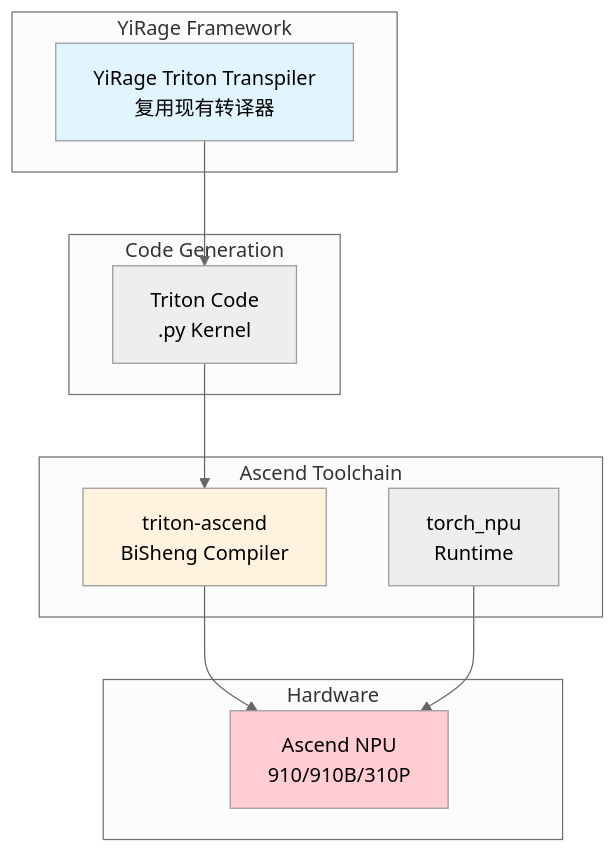
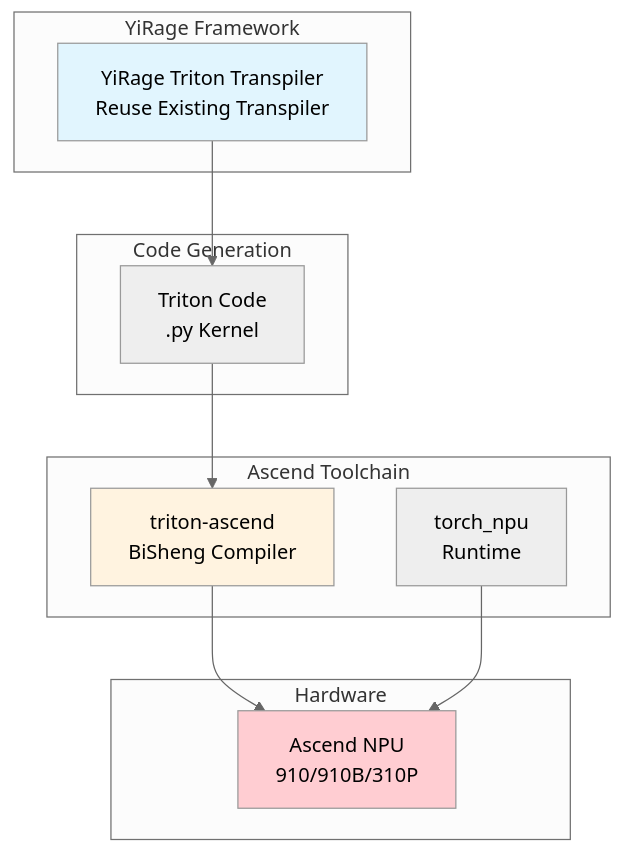
Before and after one commit to chenxingqiang/YiRage: the second of 2 diagrams in docs/ascend_quick_start.md, drawn with Mermaid (neutral theme). The commit also changed other lines of this file and 4 other files, not shown here.

````diff
--- a/docs/ascend_quick_start.md
+++ b/docs/ascend_quick_start.md
@@ -190,26 +190,26 @@
 ```mermaid
 flowchart TB
     subgraph "YiRage Framework"
-        A[YiRage Triton Transpiler<br/>复用现有转译器]
+        A[YiRage Triton Transpiler<br/>Reuse Existing Transpiler]
     end
 
     subgraph "Code Generation"
         B[Triton Code<br/>.py Kernel]
     end
 
     subgraph "Ascend Toolchain"
         C[triton-ascend<br/>BiSheng Compiler]
         D[torch_npu<br/>Runtime]
     end
 
     subgraph "Hardware"
         E[Ascend NPU<br/>910/910B/310P]
     end
 
     A --> B --> C --> E
     D --> E
 
     style A fill:#e1f5fe
     style C fill:#fff3e0
     style E fill:#ffcdd2
 ```
````
